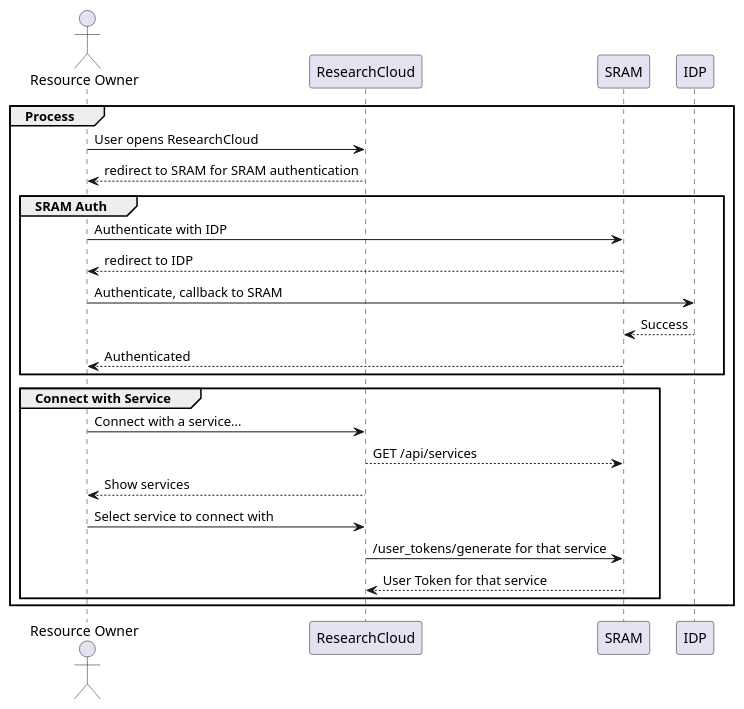
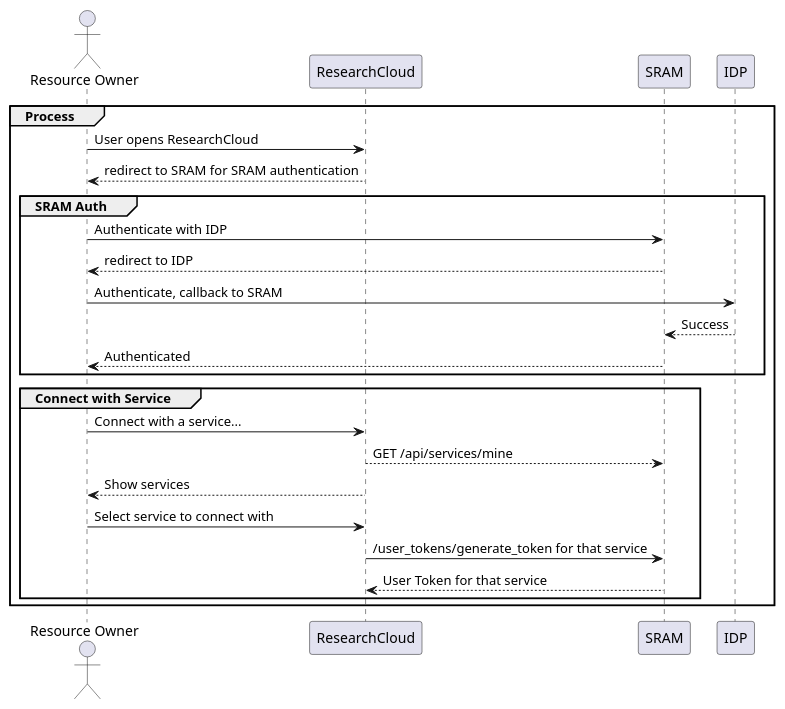
One commit to HarryKodden/SRAM-Token-Service changed the diagram in assets/delegated_access/option_2/option_2a.iuml. Above: the diagram before and after it, drawn with PlantUML. The commit also changed 1 other file, not shown here.

```diff
--- a/assets/delegated_access/option_2/option_2a.iuml
+++ b/assets/delegated_access/option_2/option_2a.iuml
@@ -1,22 +1,22 @@
 @startuml
 actor Researcher as "Resource Owner"
 group Process
 Researcher -> ResearchCloud: User opens ResearchCloud
 Researcher <-- ResearchCloud: redirect to SRAM for SRAM authentication
 group SRAM Auth
 Researcher -> SRAM: Authenticate with IDP
 Researcher <-- SRAM: redirect to IDP
 Researcher -> IDP: Authenticate, callback to SRAM
 IDP --> SRAM : Success
 Researcher <-- SRAM: Authenticated
 end
 group Connect with Service
 Researcher -> ResearchCloud: Connect with a service...
-ResearchCloud --> SRAM: GET /api/services
+ResearchCloud --> SRAM: GET /api/services/mine
 Researcher <-- ResearchCloud: Show services
 Researcher -> ResearchCloud: Select service to connect with
-ResearchCloud -> SRAM: /user_tokens/generate for that service
+ResearchCloud -> SRAM: /user_tokens/generate_token for that service
 ResearchCloud <-- SRAM: User Token for that service
 end
 end
 @enduml
```
